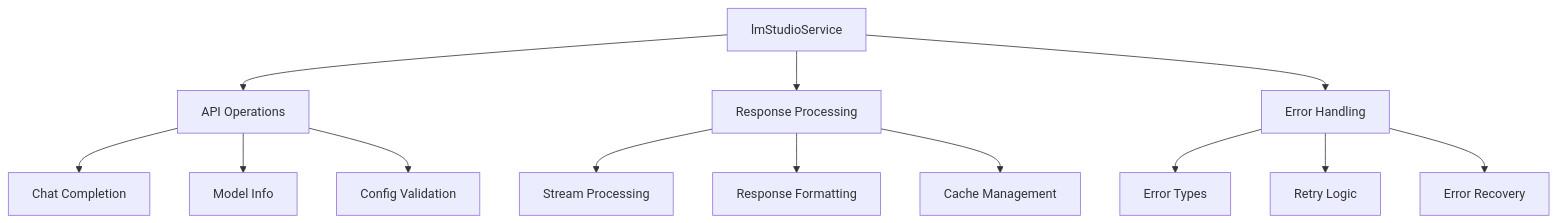
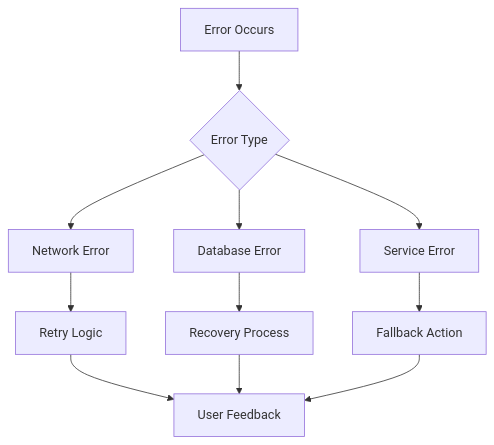
One commit to SimoKiihamaki/cognicore changed the third of 4 diagrams in docs/hooks-and-services.md. Above: the diagram before and after it, drawn with Mermaid. The commit also changed other lines of this file and 9 other files, not shown here.

````diff
--- a/docs/hooks-and-services.md
+++ b/docs/hooks-and-services.md
@@ -297,18 +295,15 @@
 ```mermaid
 graph TD
-    A[lmStudioService] --> B[API Operations]
-    A --> C[Response Processing]
-    A --> D[Error Handling]
+    A[Error Occurs] --> B{Error Type}
+    B --> C[Network Error]
+    B --> D[Database Error]
+    B --> E[Service Error]
     
-    B --> E[Chat Completion]
-    B --> F[Model Info]
-    B --> G[Config Validation]
+    C --> F[Retry Logic]
+    D --> G[Recovery Process]
+    E --> H[Fallback Action]
     
-    C --> H[Stream Processing]
-    C --> I[Response Formatting]
-    C --> J[Cache Management]
-    
-    D --> K[Error Types]
-    D --> L[Retry Logic]
-    D --> M[Error Recovery]
+    F --> I[User Feedback]
+    G --> I
+    H --> I
 ```
````
